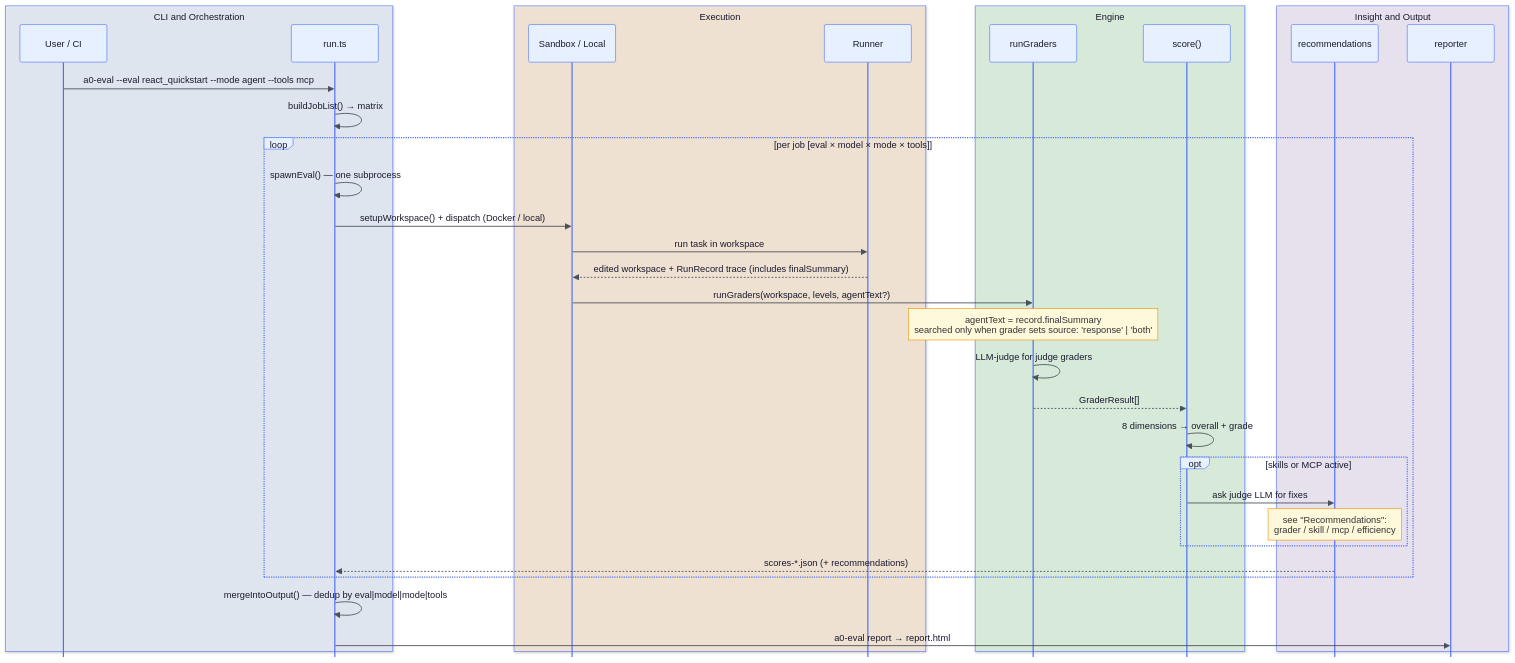
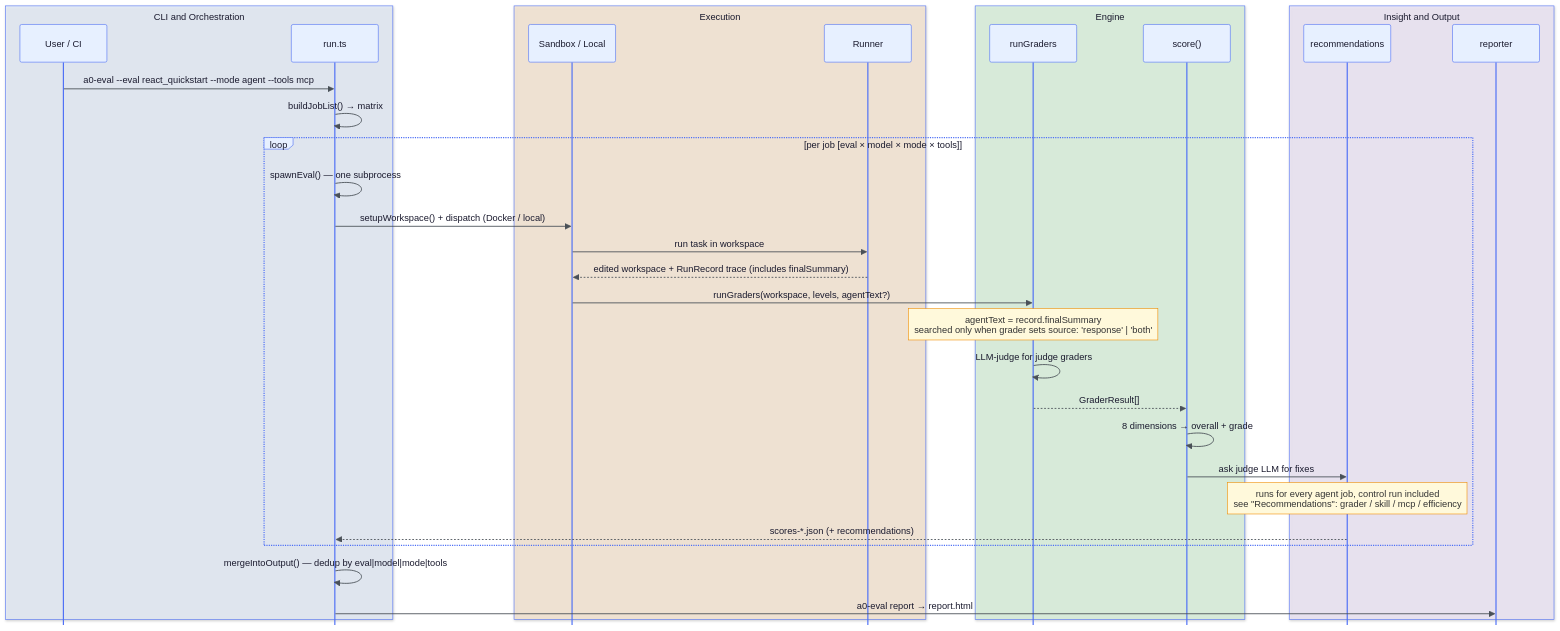
One commit to auth0/auth0-evals changed the second of 3 diagrams in docs/ARCHITECTURE.md. Above: the diagram before and after it, drawn with Mermaid. The commit also changed other lines of this file and 14 other files, not shown here.

````diff
--- a/docs/ARCHITECTURE.md
+++ b/docs/ARCHITECTURE.md
@@ -177,48 +177,46 @@
 ```mermaid
 %%{init: {'theme':'base', 'mirrorActors': false, 'themeVariables': {
   'primaryColor':'#E7F0FF','primaryBorderColor':'#4C6EF5','primaryTextColor':'#1A1A2E',
   'actorBkg':'#E7F0FF','actorBorder':'#4C6EF5','actorTextColor':'#1A1A2E',
   'signalColor':'#495057','signalTextColor':'#1A1A2E','noteBkgColor':'#FFF9DB','noteBorderColor':'#F08C00',
   'fontFamily':'ui-sans-serif, system-ui, sans-serif'
 }}}%%
 sequenceDiagram
     box rgba(231,240,255,0.6) CLI and Orchestration
         participant U as User / CI
         participant CLI as run.ts
     end
     box rgba(255,232,204,0.55) Execution
         participant Exec as Sandbox / Local
         participant Agent as Runner
     end
     box rgba(211,249,216,0.5) Engine
         participant Grade as runGraders
         participant Score as score()
     end
     box rgba(243,232,255,0.55) Insight and Output
         participant Recs as recommendations
         participant Rep as reporter
     end
 
     U->>CLI: a0-eval --eval react_quickstart --mode agent --tools mcp
     CLI->>CLI: buildJobList() → matrix
 
     loop per job [eval × model × mode × tools]
         CLI->>CLI: spawnEval() — one subprocess
         CLI->>Exec: setupWorkspace() + dispatch (Docker / local)
         Exec->>Agent: run task in workspace
         Agent-->>Exec: edited workspace + RunRecord trace (includes finalSummary)
         Exec->>Grade: runGraders(workspace, levels, agentText?)
         Note over Grade: agentText = record.finalSummary<br/>searched only when grader sets source: 'response' | 'both'
         Grade->>Grade: LLM-judge for judge graders
         Grade-->>Score: GraderResult[]
         Score->>Score: 8 dimensions → overall + grade
-        opt skills or MCP active
-            Score->>Recs: ask judge LLM for fixes
-            Note over Recs: see "Recommendations":<br/>grader / skill / mcp / efficiency
-        end
+        Score->>Recs: ask judge LLM for fixes
+        Note over Recs: runs for every agent job, control run included<br/>see "Recommendations": grader / skill / mcp / efficiency
         Recs-->>CLI: scores-*.json (+ recommendations)
     end
 
     CLI->>CLI: mergeIntoOutput() — dedup by eval|model|mode|tools
     CLI->>Rep: a0-eval report → report.html
 ```
````
